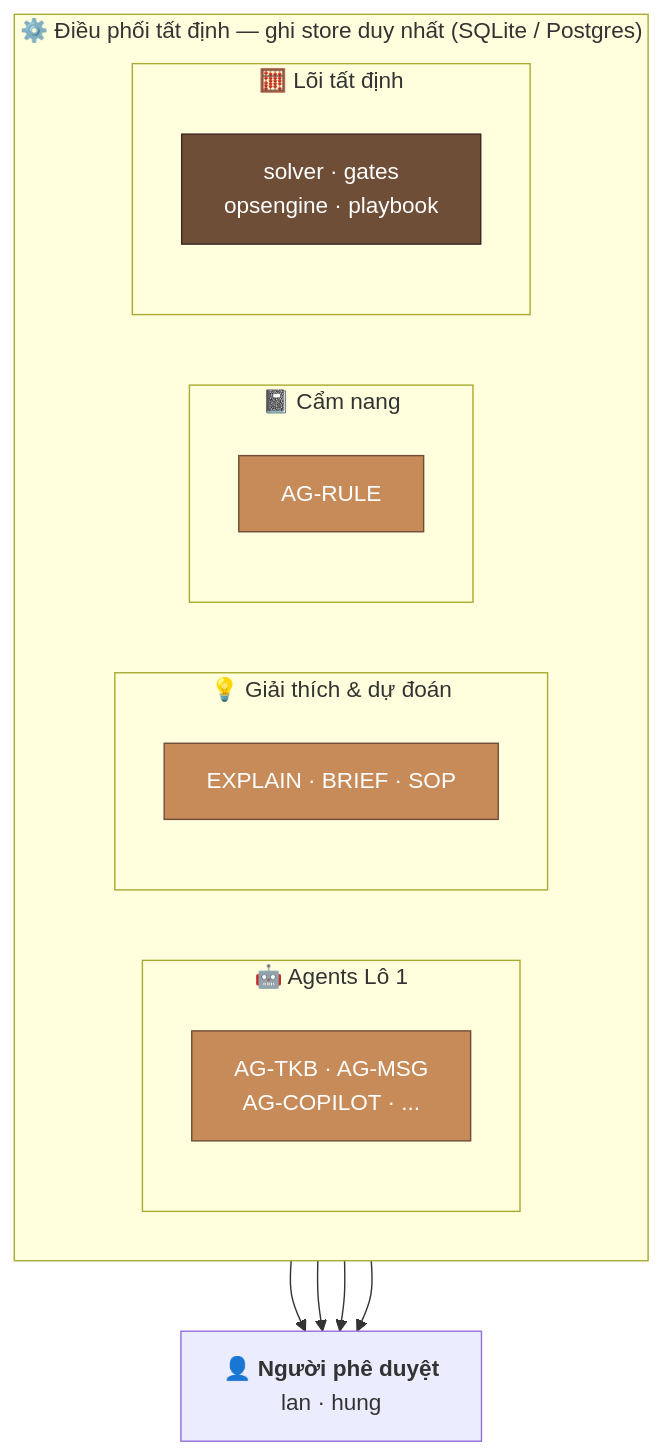
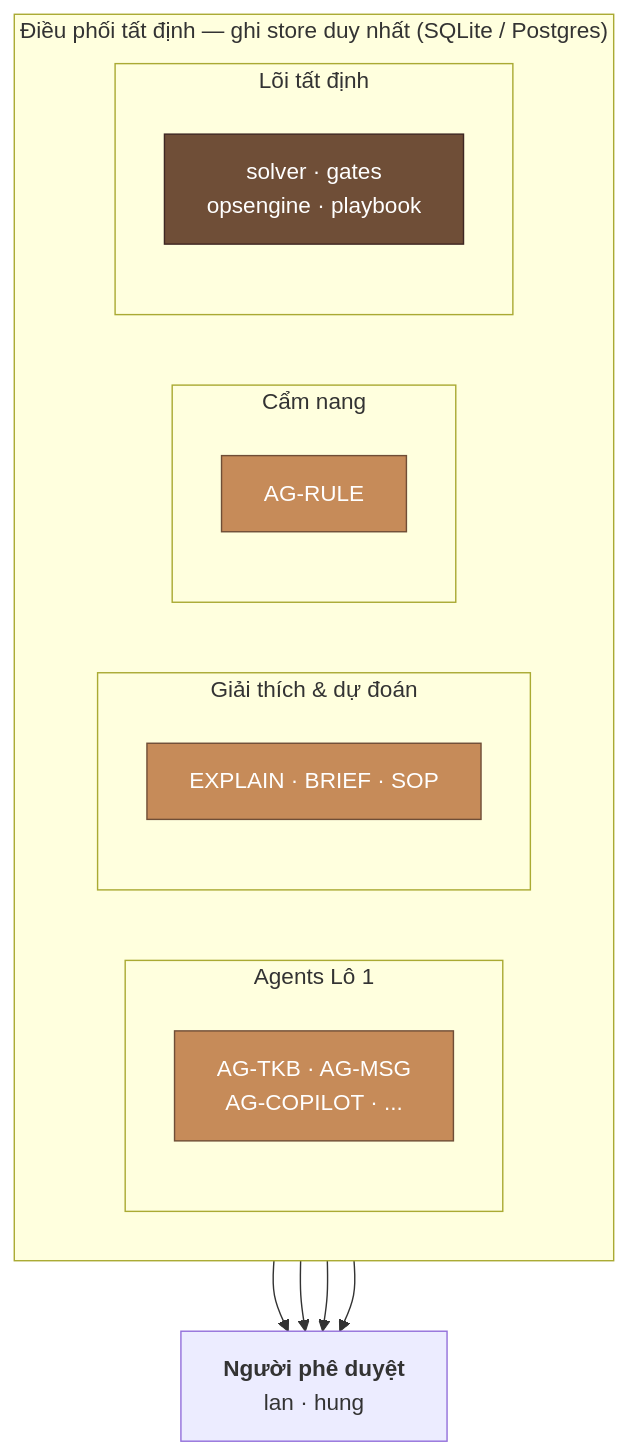
Before and after one commit to KanTrun/Crew-Operations: the first of 5 diagrams in README.md, drawn with Mermaid. The commit also changed other lines of this file, not shown here.

````diff
--- a/README.md
+++ b/README.md
@@ -128,30 +153,30 @@
 ```mermaid
 flowchart TB
-    APR["👤 <b>Người phê duyệt</b><br/>lan · hung"]
+    APR["<b>Người phê duyệt</b><br/>lan · hung"]
 
-    subgraph ORCH["⚙️ Điều phối tất định — ghi store duy nhất (SQLite / Postgres)"]
+    subgraph ORCH["Điều phối tất định — ghi store duy nhất (SQLite / Postgres)"]
         direction LR
-        subgraph AG["🤖 Agents Lô 1"]
+        subgraph AG["Agents Lô 1"]
             A1["AG-TKB · AG-MSG<br/>AG-COPILOT · ..."]
         end
-        subgraph XP["💡 Giải thích & dự đoán"]
+        subgraph XP["Giải thích & dự đoán"]
             A2["EXPLAIN · BRIEF · SOP"]
         end
-        subgraph RU["📓 Cẩm nang"]
+        subgraph RU["Cẩm nang"]
             A3["AG-RULE"]
         end
-        subgraph CORE["🧮 Lõi tất định"]
+        subgraph CORE["Lõi tất định"]
             A4["solver · gates<br/>opsengine · playbook"]
         end
     end
 
     AG --> APR
     XP --> APR
     RU --> APR
     CORE --> APR
 
     classDef core fill:#6F4E37,stroke:#3E2723,color:#fff
     classDef agent fill:#C68B59,stroke:#6F4E37,color:#fff
     class A4 core
     class A1,A2,A3 agent
 ```
````
